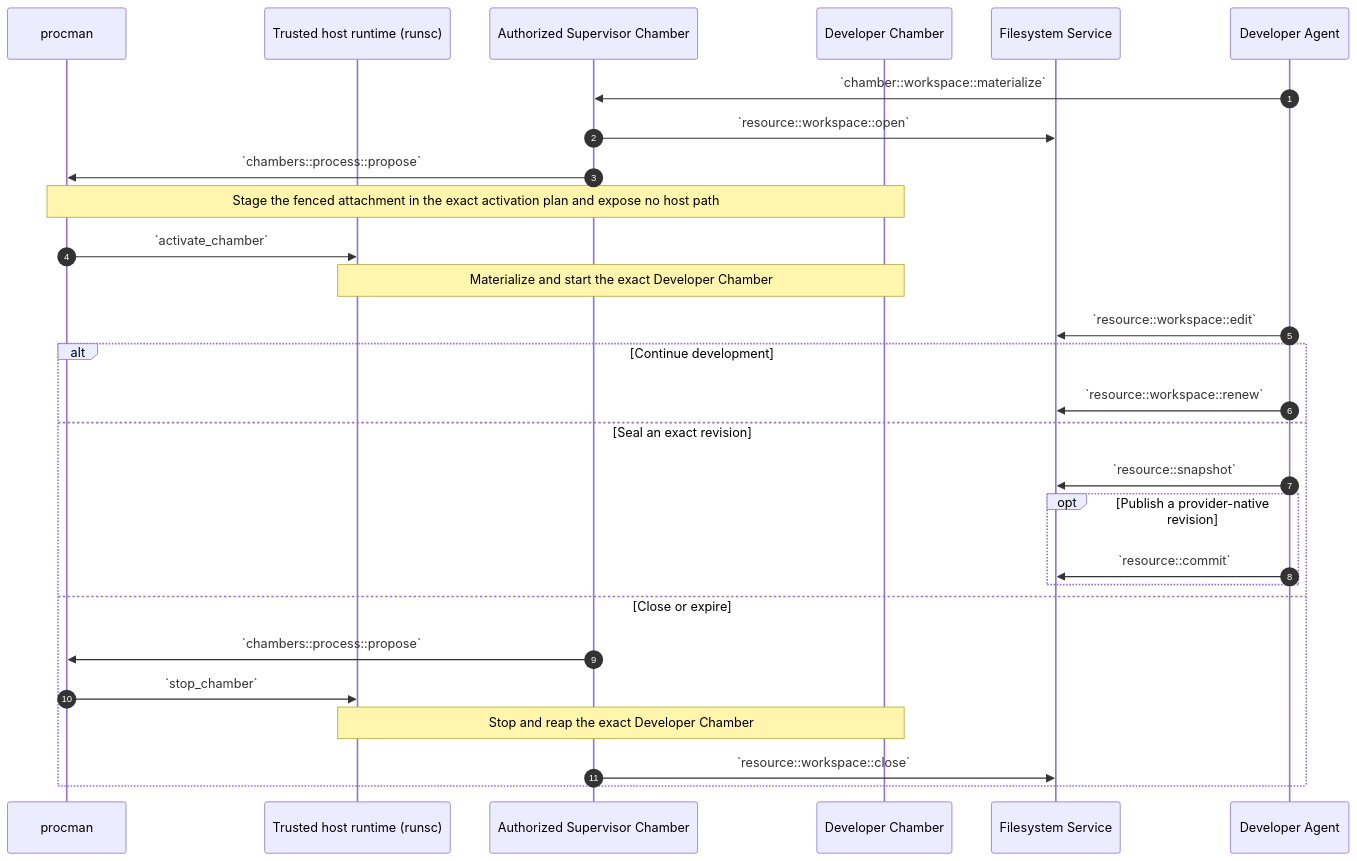
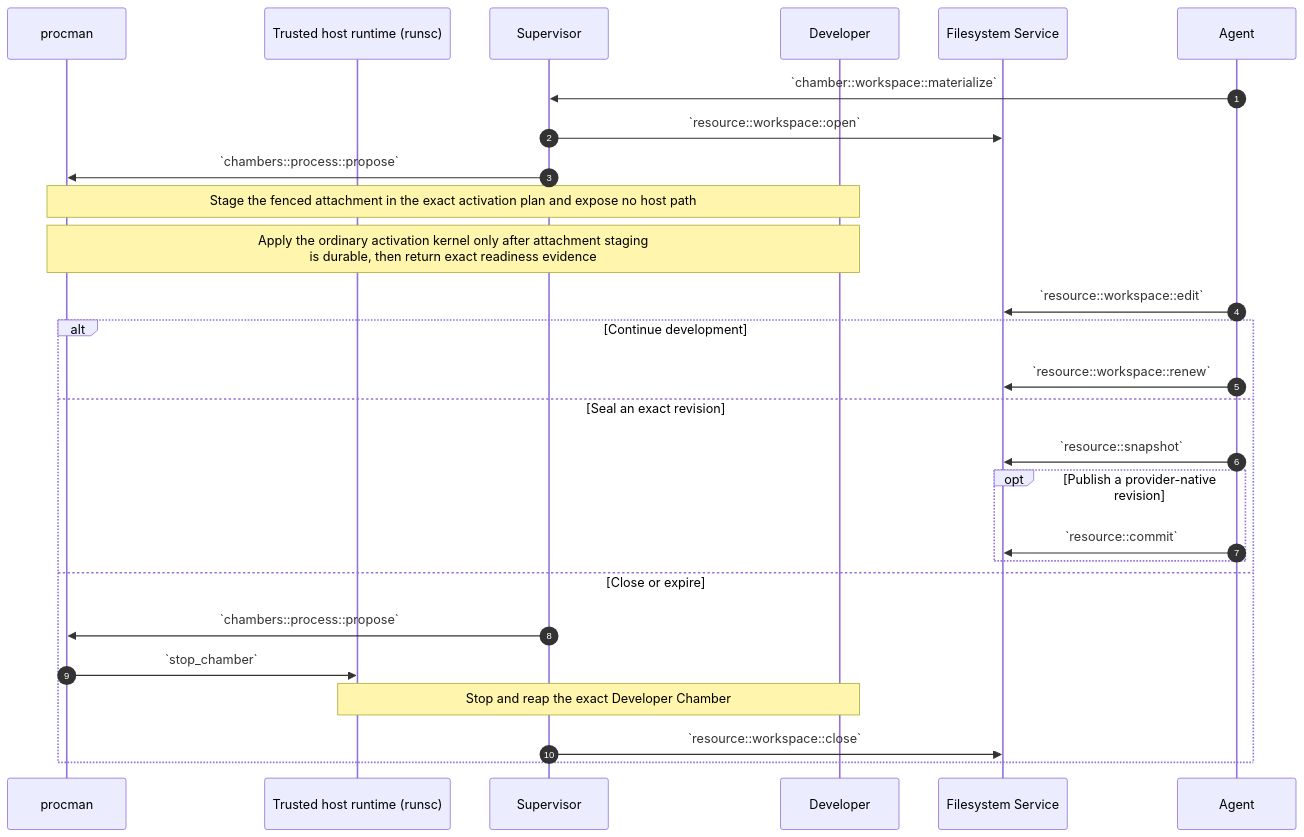
Before and after one commit to dreamcatcher-tech/chambers-lifecycle-explorer: the seventh of 12 diagrams in source/chambers-lifecycle-sequences.md, drawn with Mermaid. The commit also changed other lines of this file and 7 other files, not shown here.

````diff
--- a/source/chambers-lifecycle-sequences.md
+++ b/source/chambers-lifecycle-sequences.md
@@ -675,32 +810,31 @@
 ```mermaid
 sequenceDiagram
     autonumber
     participant procman
     participant Runtime as Trusted host runtime (runsc)
-    participant Supervisor as Authorized Supervisor Chamber
-    participant Developer as Developer Chamber
+    participant Supervisor
+    participant Developer
     participant Filesystem as Filesystem Service
-    participant Agent as Developer Agent
+    participant Agent
 
     Agent->>Supervisor: `chamber::workspace::materialize`
     Supervisor->>Filesystem: `resource::workspace::open`
     Supervisor->>procman: `chambers::process::propose`
     Note over procman,Developer: Stage the fenced attachment in the exact activation plan and expose no host path
-    procman->>Runtime: `activate_chamber`
-    Note over Runtime,Developer: Materialize and start the exact Developer Chamber
+    Note over procman,Developer: Apply the ordinary activation kernel only after attachment staging<br/>is durable, then return exact readiness evidence
     Agent->>Filesystem: `resource::workspace::edit`
 
     alt Continue development
         Agent->>Filesystem: `resource::workspace::renew`
     else Seal an exact revision
         Agent->>Filesystem: `resource::snapshot`
         opt Publish a provider-native revision
             Agent->>Filesystem: `resource::commit`
         end
     else Close or expire
         Supervisor->>procman: `chambers::process::propose`
         procman->>Runtime: `stop_chamber`
         Note over Runtime,Developer: Stop and reap the exact Developer Chamber
         Supervisor->>Filesystem: `resource::workspace::close`
     end
 ```
````
